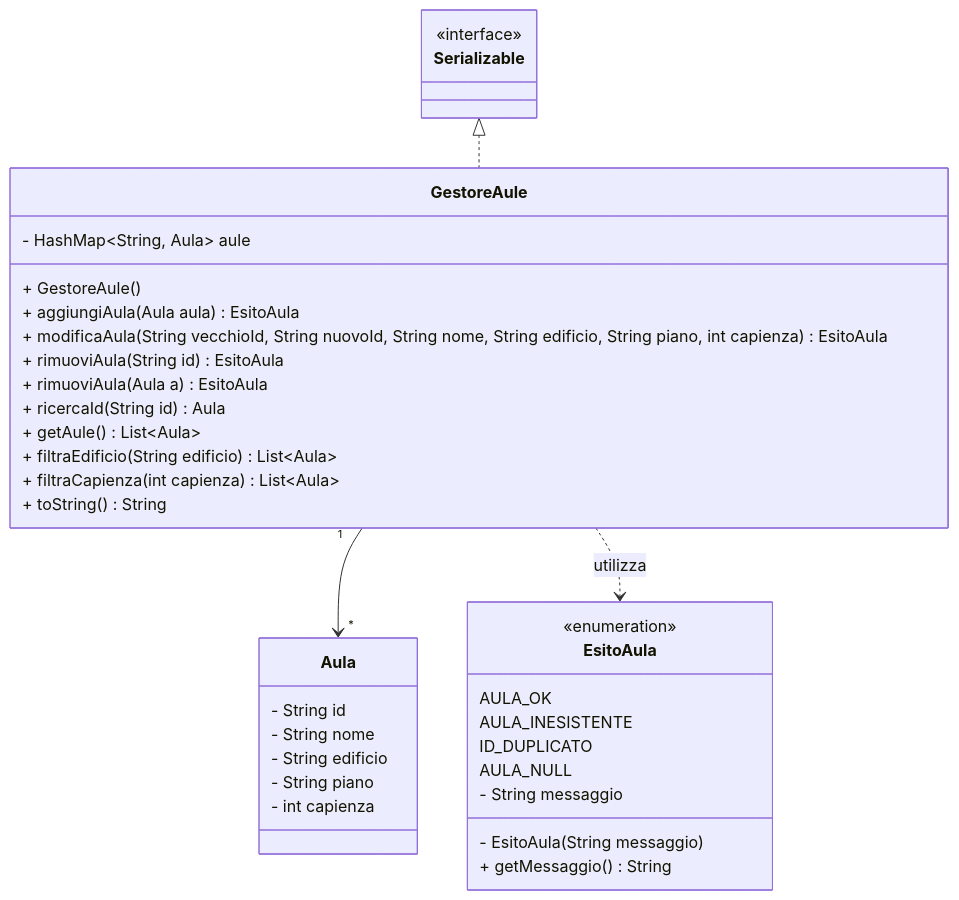
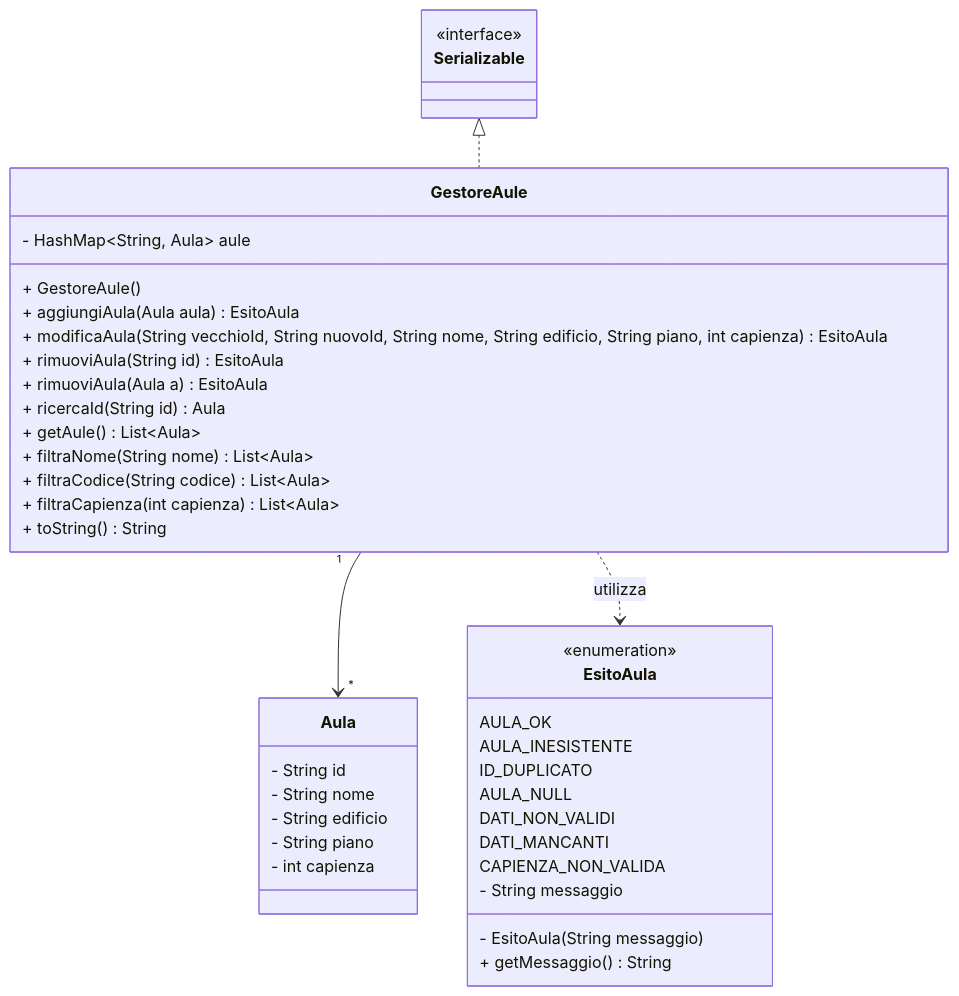
One commit to gcarbone48/PrenotazioneAule5 changed the diagram in diagrams/class diagrams/gestoreAuleClass.md. Above: the diagram before and after it, drawn with Mermaid. The commit also changed 2 other files, not shown here.

Commit message:
FIX: rimosso attributo scaduta dalla classe Prenotazione fix vari sui commenti fix typo 67 FEAT: aggiunta parametri  alle enumerazioni degli esiti

````diff
--- a/diagrams/class diagrams/gestoreAuleClass.md
+++ b/diagrams/class diagrams/gestoreAuleClass.md
@@ -1,62 +1,67 @@
 ```mermaid
 classDiagram
     class Serializable {
              <<interface>>
     }
 
     Serializable <|.. GestoreAule
 
 
     class Aula {
         - String id
         %% codice identificativo univoco
         - String nome
         - String edificio
         - String piano
         - int capienza
     }
 
     class GestoreAule{
         - HashMap~String, Aula~ aule
         %% costruttore
         + GestoreAule()
         %% aggiunge un'aula verificando l'unicità dell'id e i valori nulli
         + aggiungiAula(Aula aula) EsitoAula
         %% modifica un'aula esistente gestendo anche l'eventuale cambio di ID
         + modificaAula(String vecchioId, String nuovoId, String nome, String edificio, String piano, int capienza) EsitoAula
         %% rimuove un'aula tramite il suo id 
         + rimuoviAula(String id) EsitoAula
         + rimuoviAula (Aula a) EsitoAula
         %% cerca e restituisce un'aula tramite il suo id
         + ricercaId(String id) Aula
         %% restituisce una collezione di tutte le aule registrate
+
         + getAule() List~Aula~
         %% restituisce una lista di aule filtrate per edificio
-        + filtraEdificio(String edificio) List~Aula~
+        + filtraNome(String nome) List~Aula~
+        + filtraCodice(String codice) List~Aula~
         %% restituisce una lista di aule filtrate per capienza minima
         + filtraCapienza(int capienza) List~Aula~
 
         + toString() String
     }
 
     class EsitoAula {
         <<enumeration>>
         %%esito corretto
         AULA_OK
         %%restituita se l'aula passata non esiste
         AULA_INESISTENTE
         %%restituita se l'id è già associato ad un'altra aula
         ID_DUPLICATO
         %%restituita se l'aula passata è null
         AULA_NULL
+        DATI_NON_VALIDI
+        DATI_MANCANTI
+        CAPIENZA_NON_VALIDA
         %%attributo privato immutabile che memorizza il testo descrittivo dell'esito
         - String messaggio
         %%costruttore
         - EsitoAula(String messaggio)
         %%metodo pubblico per accedere al testo descrittivo dell'esito
         + getMessaggio() String
     }
     GestoreAule "1" --> "*" Aula
     GestoreAule ..> EsitoAula : utilizza
         
 ```
````
